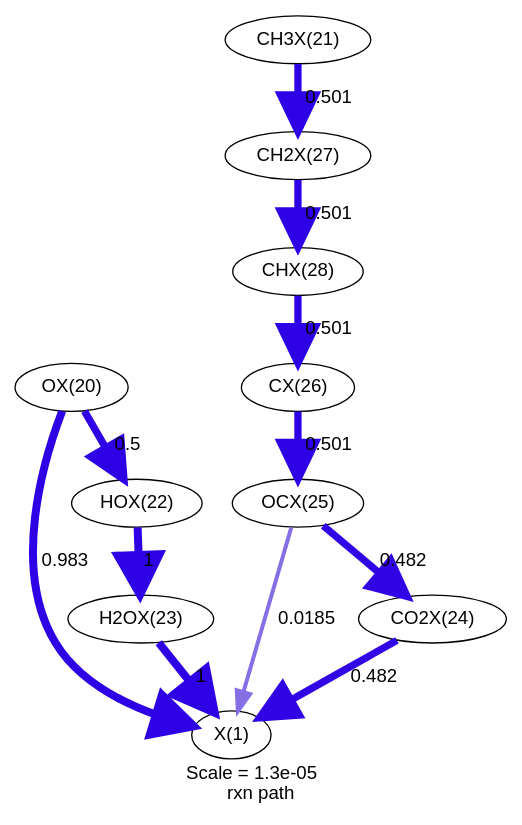
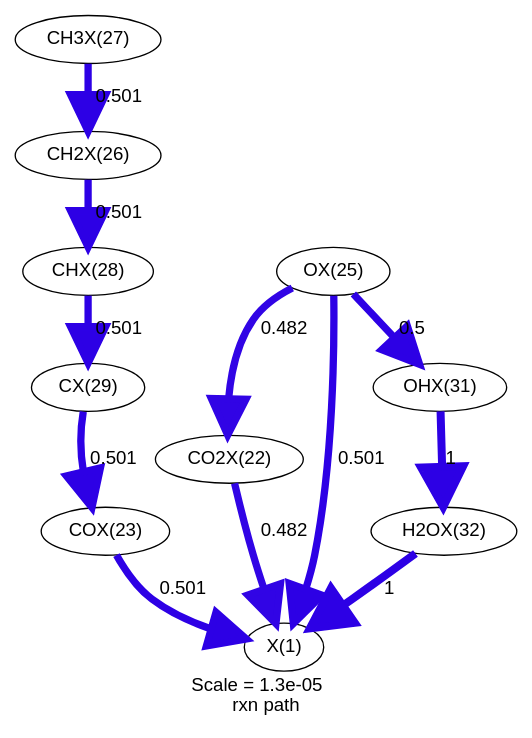
One commit to comocheng/cpox changed the diagram in rh/rxnpath/rxnpath-0.6-x-11.96mm.dot. Above: the diagram before and after it, drawn with Graphviz. The commit also changed 539 other files, not shown here.

```diff
--- a/rh/rxnpath/rxnpath-0.6-x-11.96mm.dot
+++ b/rh/rxnpath/rxnpath-0.6-x-11.96mm.dot
@@ -1,37 +1,37 @@
 digraph reaction_paths {
 center=1;
-s29 -> s27[fontname="Helvetica", penwidth=5.99, arrowsize=2.99, color="0.7, 1.48, 0.9"
-, label=" 0.983"];
-s34 -> s27[fontname="Helvetica", penwidth=2.99, arrowsize=1.49, color="0.7, 0.518, 0.9"
-, label=" 0.0185"];
-s32 -> s27[fontname="Helvetica", penwidth=6, arrowsize=3, color="0.7, 1.5, 0.9"
+s24 -> s22[fontname="Helvetica", penwidth=5.45, arrowsize=2.72, color="0.7, 0.982, 0.9"
+, label=" 0.482"];
+s25 -> s22[fontname="Helvetica", penwidth=5.48, arrowsize=2.74, color="0.7, 1, 0.9"
+, label=" 0.501"];
+s27 -> s22[fontname="Helvetica", penwidth=5.48, arrowsize=2.74, color="0.7, 1, 0.9"
+, label=" 0.501"];
+s34 -> s22[fontname="Helvetica", penwidth=6, arrowsize=3, color="0.7, 1.5, 0.9"
 , label=" 1"];
-s33 -> s27[fontname="Helvetica", penwidth=5.45, arrowsize=2.72, color="0.7, 0.982, 0.9"
+s27 -> s24[fontname="Helvetica", penwidth=5.45, arrowsize=2.72, color="0.7, 0.982, 0.9"
 , label=" 0.482"];
-s29 -> s31[fontname="Helvetica", penwidth=5.48, arrowsize=2.74, color="0.7, 1, 0.9"
+s31 -> s25[fontname="Helvetica", penwidth=5.48, arrowsize=2.74, color="0.7, 1, 0.9"
+, label=" 0.501"];
+s27 -> s33[fontname="Helvetica", penwidth=5.48, arrowsize=2.74, color="0.7, 1, 0.9"
 , label=" 0.5"];
-s31 -> s32[fontname="Helvetica", penwidth=6, arrowsize=3, color="0.7, 1.5, 0.9"
+s29 -> s28[fontname="Helvetica", penwidth=5.48, arrowsize=2.74, color="0.7, 1, 0.9"
+, label=" 0.501"];
+s28 -> s30[fontname="Helvetica", penwidth=5.48, arrowsize=2.74, color="0.7, 1, 0.9"
+, label=" 0.501"];
+s30 -> s31[fontname="Helvetica", penwidth=5.48, arrowsize=2.74, color="0.7, 1, 0.9"
+, label=" 0.501"];
+s33 -> s34[fontname="Helvetica", penwidth=6, arrowsize=3, color="0.7, 1.5, 0.9"
 , label=" 1"];
-s30 -> s36[fontname="Helvetica", penwidth=5.48, arrowsize=2.74, color="0.7, 1, 0.9"
-, label=" 0.501"];
-s36 -> s37[fontname="Helvetica", penwidth=5.48, arrowsize=2.74, color="0.7, 1, 0.9"
-, label=" 0.501"];
-s37 -> s35[fontname="Helvetica", penwidth=5.48, arrowsize=2.74, color="0.7, 1, 0.9"
-, label=" 0.501"];
-s35 -> s34[fontname="Helvetica", penwidth=5.48, arrowsize=2.74, color="0.7, 1, 0.9"
-, label=" 0.501"];
-s34 -> s33[fontname="Helvetica", penwidth=5.45, arrowsize=2.72, color="0.7, 0.982, 0.9"
-, label=" 0.482"];
-s27 [ fontname="Helvetica", label="X(1)"];
-s29 [ fontname="Helvetica", label="OX(20)"];
-s30 [ fontname="Helvetica", label="CH3X(21)"];
-s31 [ fontname="Helvetica", label="HOX(22)"];
-s32 [ fontname="Helvetica", label="H2OX(23)"];
-s33 [ fontname="Helvetica", label="CO2X(24)"];
-s34 [ fontname="Helvetica", label="OCX(25)"];
-s35 [ fontname="Helvetica", label="CX(26)"];
-s36 [ fontname="Helvetica", label="CH2X(27)"];
-s37 [ fontname="Helvetica", label="CHX(28)"];
+s22 [ fontname="Helvetica", label="X(1)"];
+s24 [ fontname="Helvetica", label="CO2X(22)"];
+s25 [ fontname="Helvetica", label="COX(23)"];
+s27 [ fontname="Helvetica", label="OX(25)"];
+s28 [ fontname="Helvetica", label="CH2X(26)"];
+s29 [ fontname="Helvetica", label="CH3X(27)"];
+s30 [ fontname="Helvetica", label="CHX(28)"];
+s31 [ fontname="Helvetica", label="CX(29)"];
+s33 [ fontname="Helvetica", label="OHX(31)"];
+s34 [ fontname="Helvetica", label="H2OX(32)"];
  label = "Scale = 1.3e-05\l rxn path";
  fontname = "Helvetica";
 }
```
